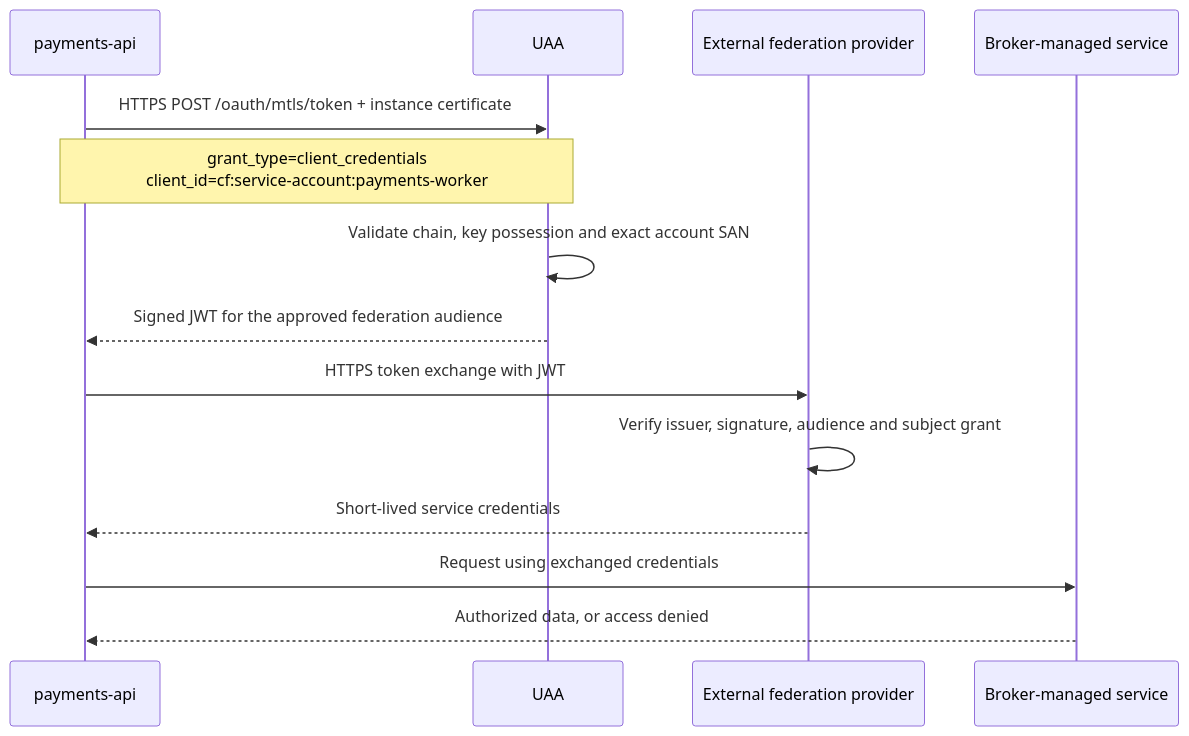
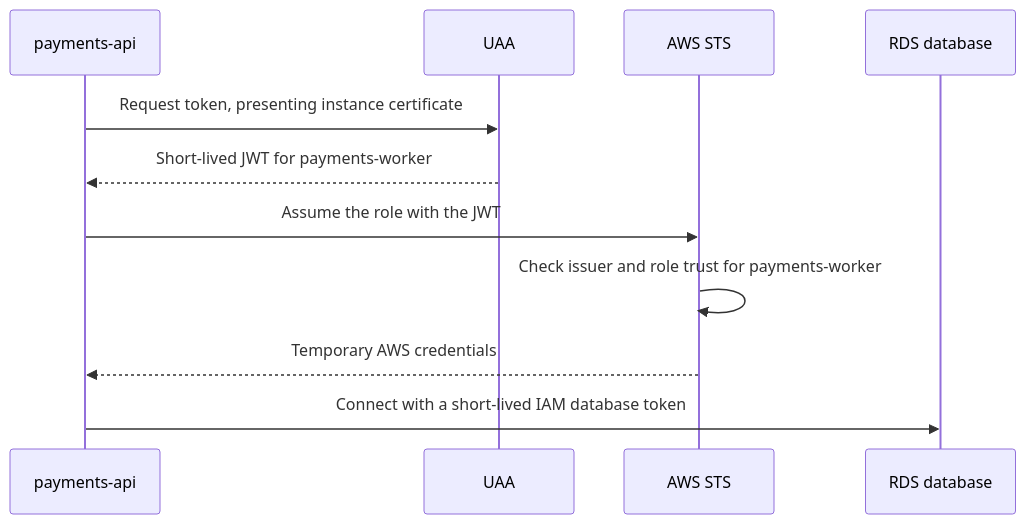
The second of 3 diagrams in toc/rfc/rfc-draft-service-accounts.md (cloudfoundry/community), drawn with Mermaid before and after one commit. The commit also changed other lines of this file, not shown here.

Commit message:
Restructure service-account RFC for readability and simplify broker integration

````diff
--- a/toc/rfc/rfc-draft-service-accounts.md
+++ b/toc/rfc/rfc-draft-service-accounts.md
@@ -165,16 +133,13 @@
 ```mermaid
 sequenceDiagram
     participant App as payments-api
     participant UAA
-    participant IdP as External federation provider
-    participant Service as Broker-managed service
-    App->>UAA: HTTPS POST /oauth/mtls/token + instance certificate
-    Note over App,UAA: grant_type=client_credentials<br/>client_id=cf:service-account:payments-worker
-    UAA->>UAA: Validate chain, key possession and exact account SAN
-    UAA-->>App: Signed JWT for the approved federation audience
-    App->>IdP: HTTPS token exchange with JWT
-    IdP->>IdP: Verify issuer, signature, audience and subject grant
-    IdP-->>App: Short-lived service credentials
-    App->>Service: Request using exchanged credentials
-    Service-->>App: Authorized data, or access denied
+    participant STS as AWS STS
+    participant DB as RDS database
+    App->>UAA: Request token, presenting instance certificate
+    UAA-->>App: Short-lived JWT for payments-worker
+    App->>STS: Assume the role with the JWT
+    STS->>STS: Check issuer and role trust for payments-worker
+    STS-->>App: Temporary AWS credentials
+    App->>DB: Connect with a short-lived IAM database token
 ```
````
